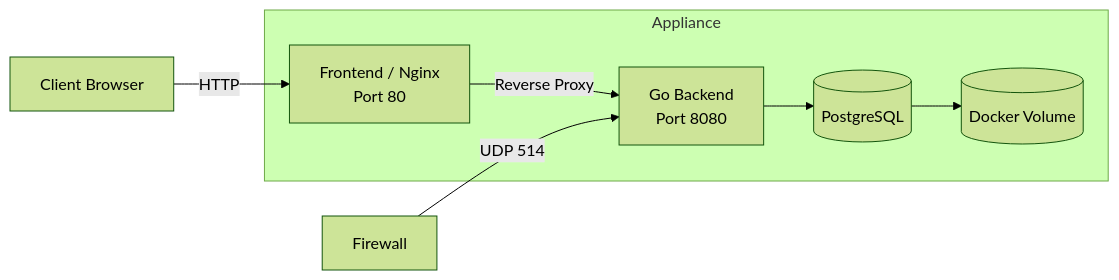
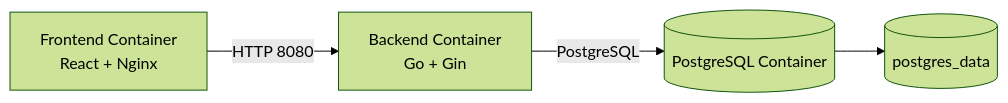
The fourth of 10 diagrams in docs/architecture.md (HAMLEG448/log-management-demo), drawn with Mermaid (forest theme) before and after one commit. The commit also changed other lines of this file and 2 other files, not shown here.

````diff
--- a/docs/architecture.md
+++ b/docs/architecture.md
@@ -142,20 +439,11 @@
 ```mermaid
 flowchart LR
-    CLIENT[Client Browser]
-    DEVICE[Firewall]
+    FRONTEND[Frontend Container<br/>React + Nginx]
+    BACKEND[Backend Container<br/>Go + Gin]
+    DB[(PostgreSQL Container)]
+    VOLUME[(postgres_data)]
 
-    subgraph Appliance
-        FRONTEND[Frontend / Nginx<br/>Port 80]
-        BACKEND[Go Backend<br/>Port 8080]
-        DATABASE[(PostgreSQL)]
-        VOLUME[(Docker Volume)]
-    end
-
-    CLIENT -->|HTTP| FRONTEND
-    FRONTEND -->|Reverse Proxy| BACKEND
-
-    DEVICE -->|UDP 514| BACKEND
-
-    BACKEND --> DATABASE
-    DATABASE --> VOLUME
+    FRONTEND -->|HTTP 8080| BACKEND
+    BACKEND -->|PostgreSQL| DB
+    DB --> VOLUME
 ```
````
